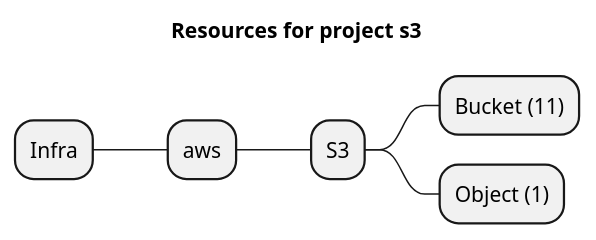
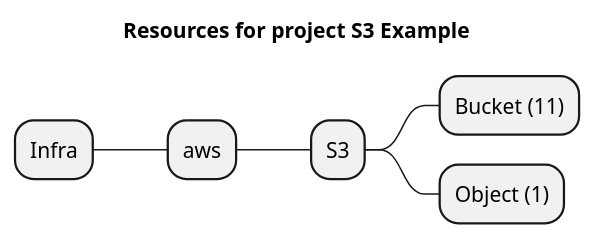
The diagram in examples/aws/s3/s3/artifacts/resources-mindmap.puml (grucloud/grucloud), drawn with PlantUML before and after one commit. The commit also changed 31 other files, not shown here.

```diff
--- a/examples/aws/s3/s3/artifacts/resources-mindmap.puml
+++ b/examples/aws/s3/s3/artifacts/resources-mindmap.puml
@@ -1,9 +1,9 @@
 @startmindmap
-title Resources for project s3
+title Resources for project S3 Example
 skinparam monochrome true
 + Infra
 ++ aws
 +++ S3
 ++++ Bucket (11)
 ++++ Object (1)
 @endmindmap
```
